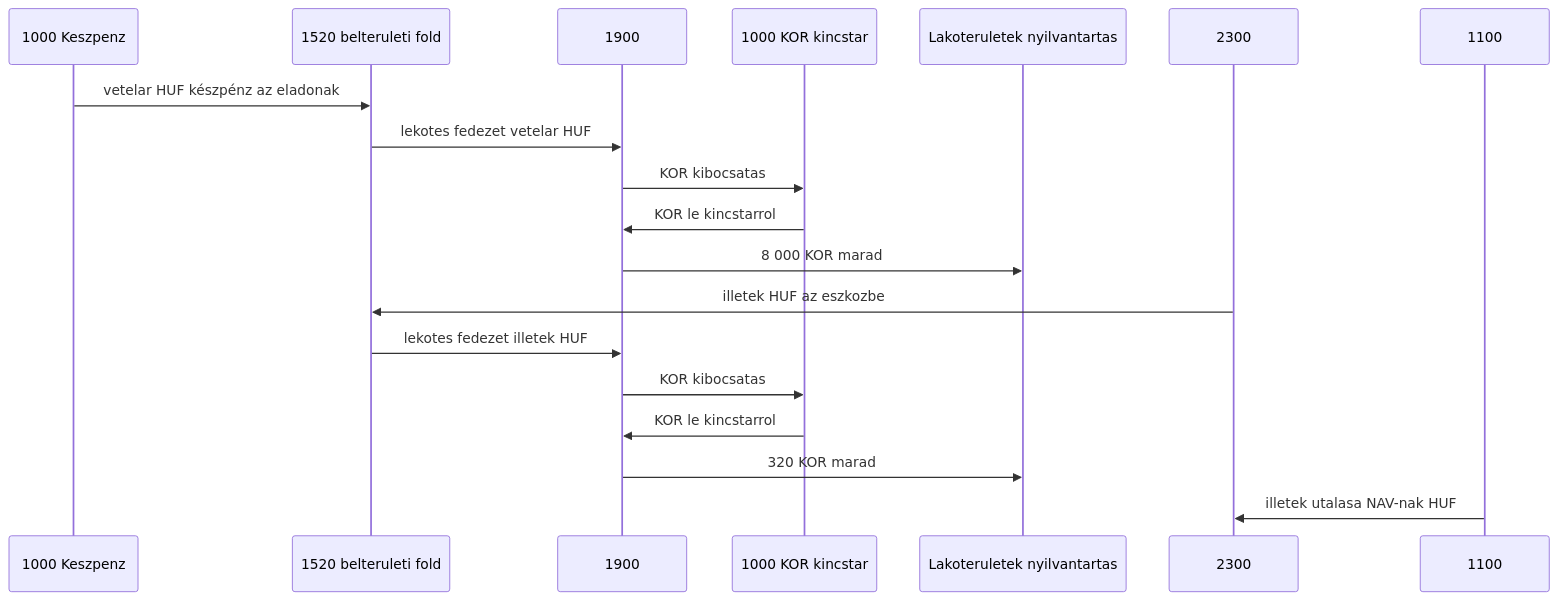
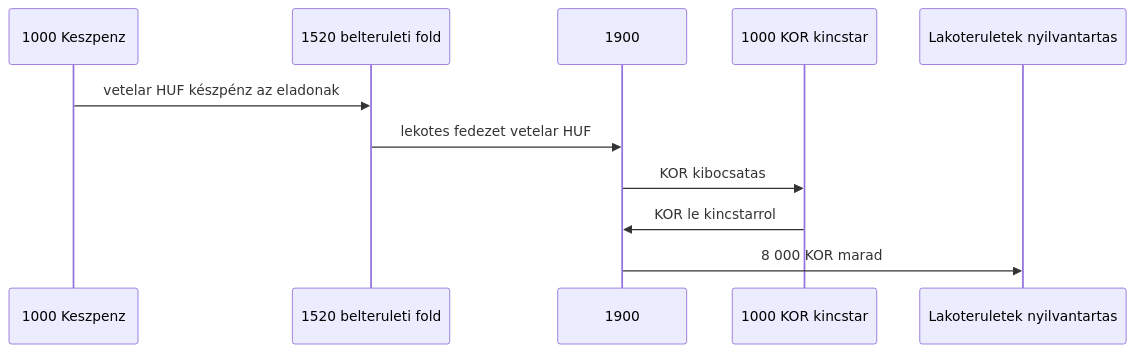
Before and after one commit to pitiboy/curr: the fifth of 15 diagrams in docs/transaction-workflow.md, drawn with Mermaid. The commit also changed other lines of this file and 4 other files, not shown here.

````diff
--- a/docs/transaction-workflow.md
+++ b/docs/transaction-workflow.md
@@ -303,22 +285,14 @@
 ```mermaid
 sequenceDiagram
   participant Penztar as 1000 Keszpenz
   participant Telek as 1520 belteruleti fold
   participant Atv as 1900
   participant Kt as 1000 KOR kincstar
   participant Nyilv as Lakoteruletek nyilvantartas
-  participant Ado as 2300
-  participant Bank as 1100
 
   Penztar->>Telek: vetelar HUF készpénz az eladonak
   Telek->>Atv: lekotes fedezet vetelar HUF
   Atv->>Kt: KOR kibocsatas
   Kt->>Atv: KOR le kincstarrol
   Atv->>Nyilv: 8 000 KOR marad
-  Ado->>Telek: illetek HUF az eszkozbe
-  Telek->>Atv: lekotes fedezet illetek HUF
-  Atv->>Kt: KOR kibocsatas
-  Kt->>Atv: KOR le kincstarrol
-  Atv->>Nyilv: 320 KOR marad
-  Bank->>Ado: illetek utalasa NAV-nak HUF
 ```
````
